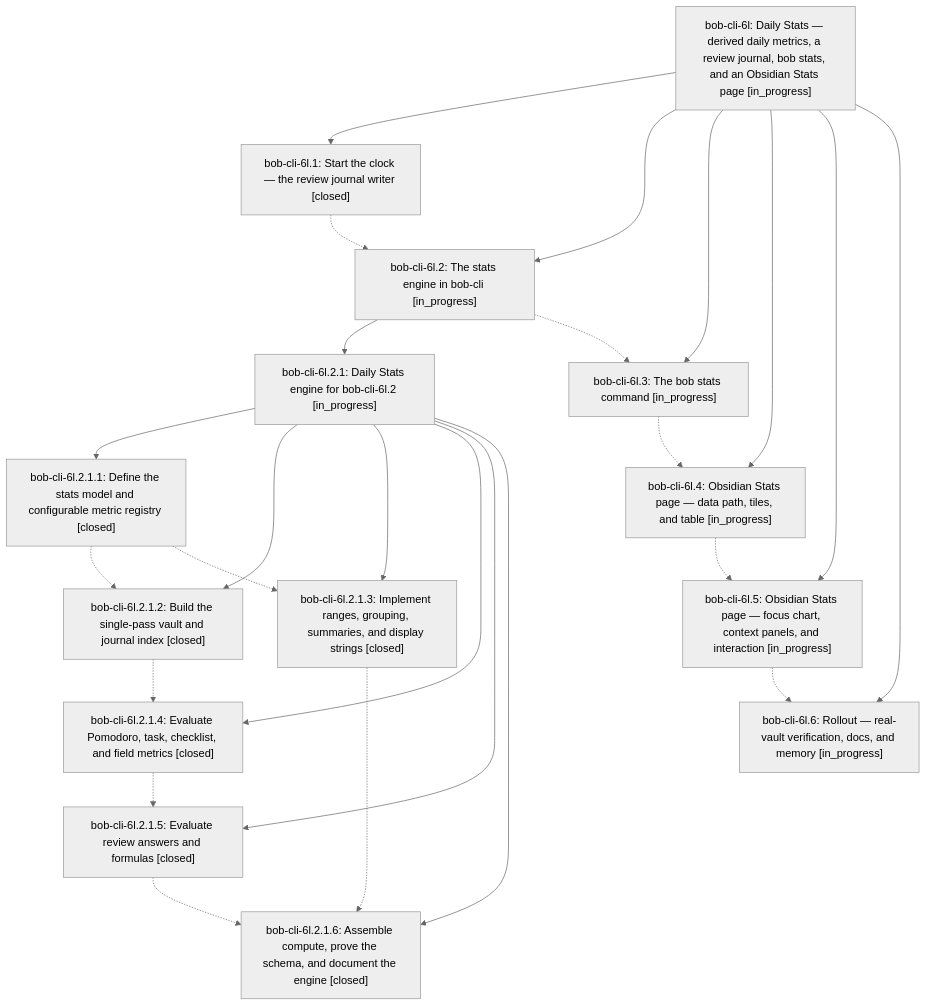
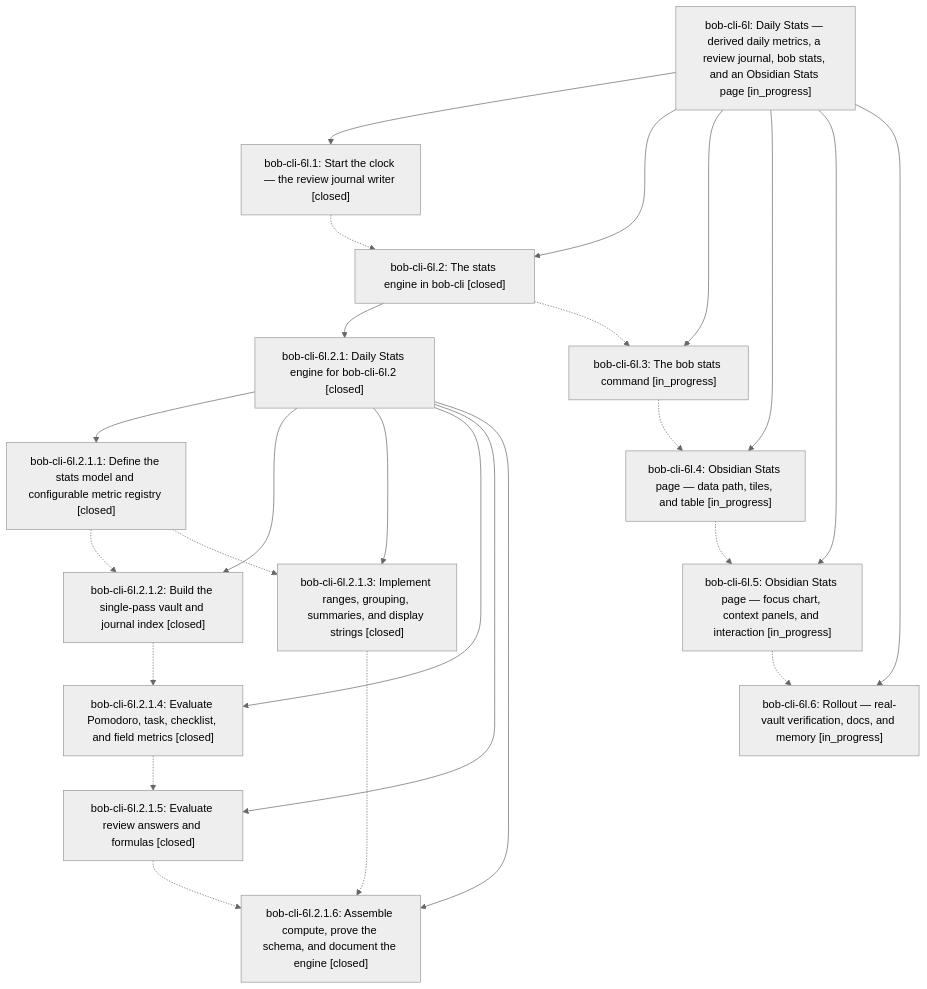
The diagram in pages/bob-cli-6l/README.md (bobs-org/bob-cli--beads), drawn with Mermaid (neutral theme) before and after one commit. The commit also changed other lines of this file and 5 other files, not shown here.

First line of the commit message:
chore(beads): sync bead state and pages for bob-cli-6l

````diff
--- a/pages/bob-cli-6l/README.md
+++ b/pages/bob-cli-6l/README.md
@@ -39,41 +43,41 @@
 ```mermaid
 flowchart TD
     n0["bob-cli-6l: Daily Stats — derived daily metrics, a review journal, bob stats, and an Obsidian Stats page [in_progress]"]
     n1["bob-cli-6l.1: Start the clock — the review journal writer [closed]"]
-    n2["bob-cli-6l.2: The stats engine in bob-cli [in_progress]"]
-    n3["bob-cli-6l.2.1: Daily Stats engine for bob-cli-6l.2 [in_progress]"]
+    n2["bob-cli-6l.2: The stats engine in bob-cli [closed]"]
+    n3["bob-cli-6l.2.1: Daily Stats engine for bob-cli-6l.2 [closed]"]
     n4["bob-cli-6l.2.1.1: Define the stats model and configurable metric registry [closed]"]
     n5["bob-cli-6l.2.1.2: Build the single-pass vault and journal index [closed]"]
     n6["bob-cli-6l.2.1.3: Implement ranges, grouping, summaries, and display strings [closed]"]
     n7["bob-cli-6l.2.1.4: Evaluate Pomodoro, task, checklist, and field metrics [closed]"]
     n8["bob-cli-6l.2.1.5: Evaluate review answers and formulas [closed]"]
     n9["bob-cli-6l.2.1.6: Assemble compute, prove the schema, and document the engine [closed]"]
     n10["bob-cli-6l.3: The bob stats command [in_progress]"]
     n11["bob-cli-6l.4: Obsidian Stats page — data path, tiles, and table [in_progress]"]
     n12["bob-cli-6l.5: Obsidian Stats page — focus chart, context panels, and interaction [in_progress]"]
     n13["bob-cli-6l.6: Rollout — real-vault verification, docs, and memory [in_progress]"]
     n0 --> n1
     n0 --> n2
     n2 --> n3
     n3 --> n4
     n3 --> n5
     n3 --> n6
     n3 --> n7
     n3 --> n8
     n3 --> n9
     n0 --> n10
     n0 --> n11
     n0 --> n12
     n0 --> n13
     n1 -.-> n2
     n2 -.-> n10
     n4 -.-> n5
     n4 -.-> n6
     n5 -.-> n7
     n6 -.-> n9
     n7 -.-> n8
     n8 -.-> n9
     n10 -.-> n11
     n11 -.-> n12
     n12 -.-> n13
 ```
````
